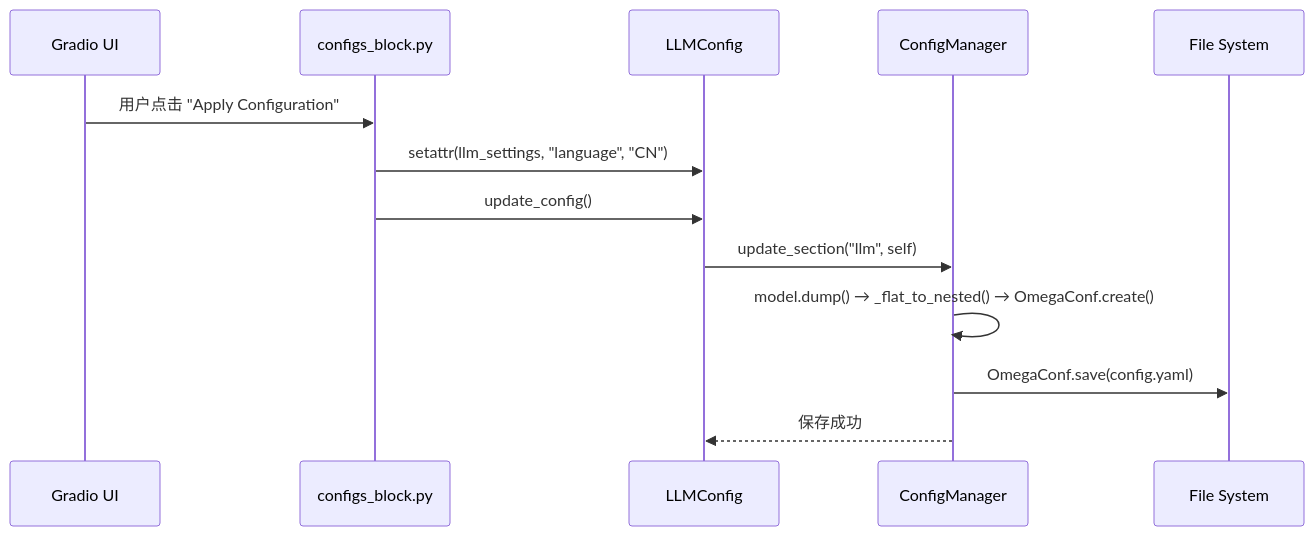
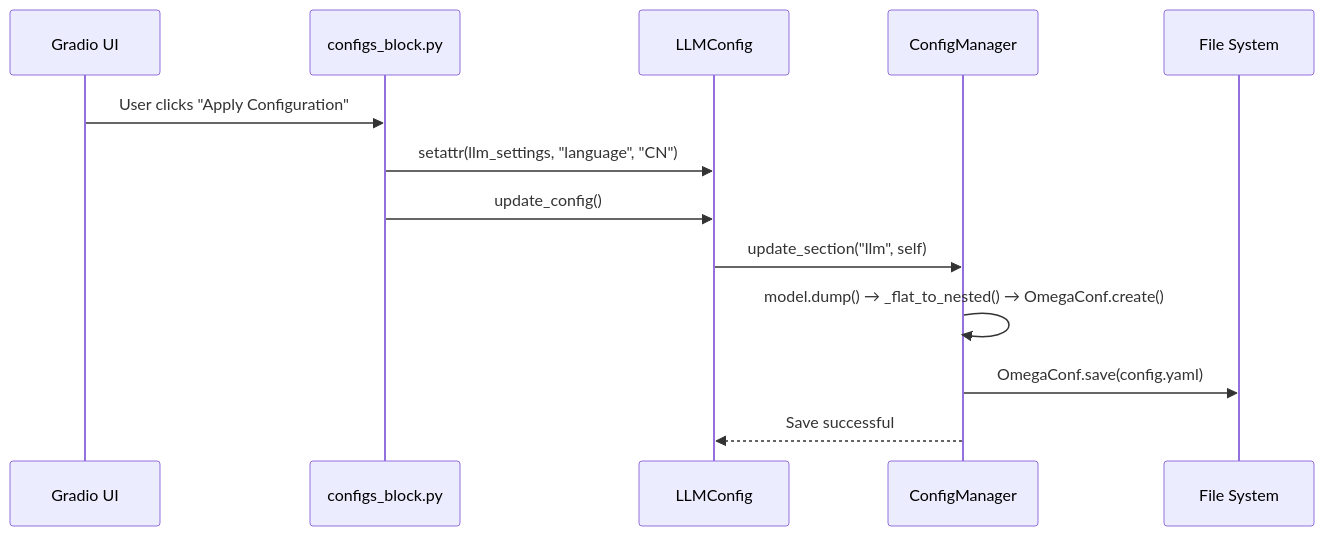
Before and after one commit to apache/hugegraph-ai: the second of 4 diagrams in .workflow/yaml-config-migration/design.md, drawn with Mermaid. The commit also changed other lines of this file and 2 other files, not shown here.

````diff
--- a/.workflow/yaml-config-migration/design.md
+++ b/.workflow/yaml-config-migration/design.md
@@ -75,16 +76,16 @@
 ```mermaid
 sequenceDiagram
     participant UI as Gradio UI
     participant Block as configs_block.py
     participant BC as LLMConfig
     participant CM as ConfigManager
     participant FS as File System
 
-    UI->>Block: 用户点击 "Apply Configuration"
+    UI->>Block: User clicks "Apply Configuration"
     Block->>BC: setattr(llm_settings, "language", "CN")
     Block->>BC: update_config()
     BC->>CM: update_section("llm", self)
     CM->>CM: model.dump() → _flat_to_nested() → OmegaConf.create()
     CM->>FS: OmegaConf.save(config.yaml)
-    CM-->>BC: 保存成功
+    CM-->>BC: Save successful
 ```
````
